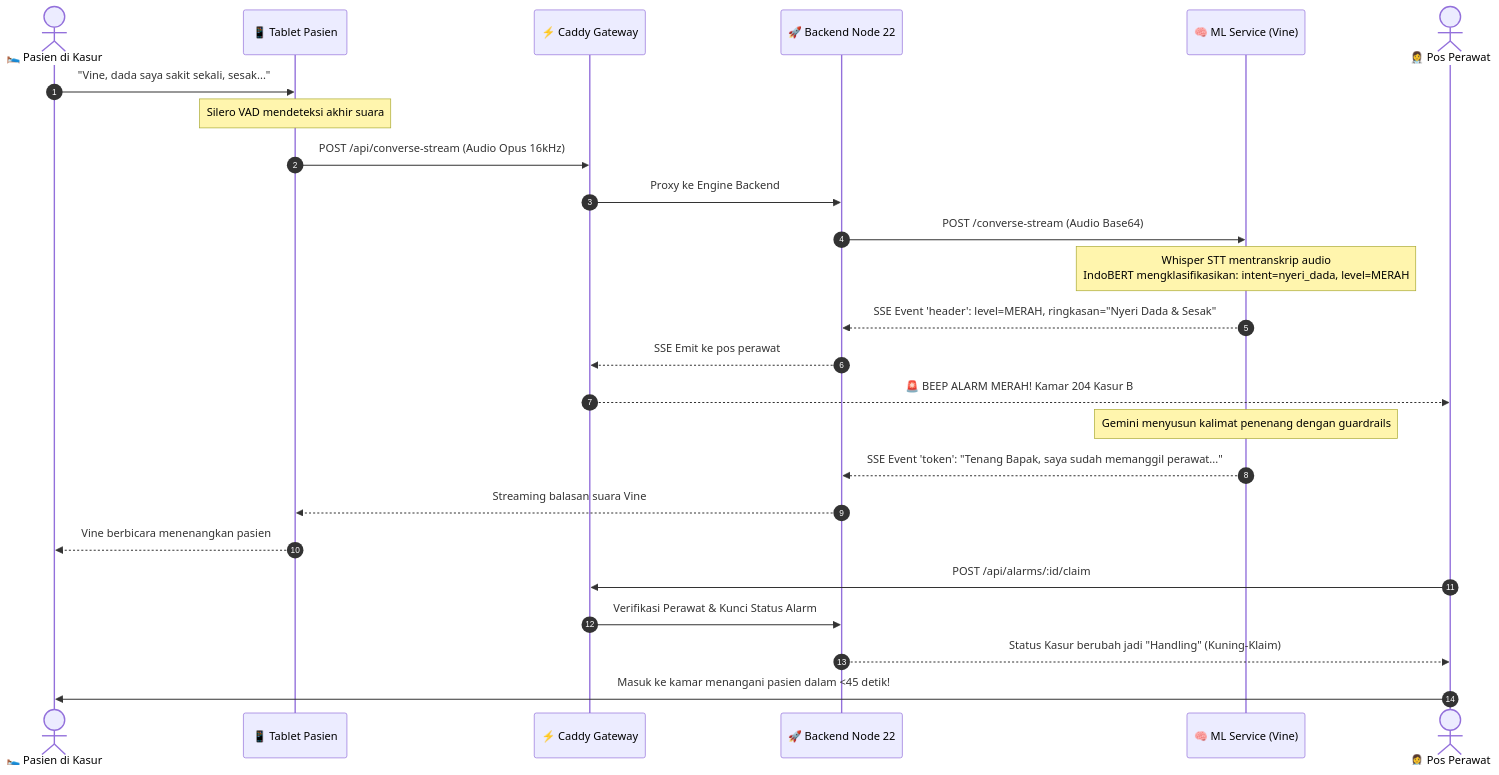
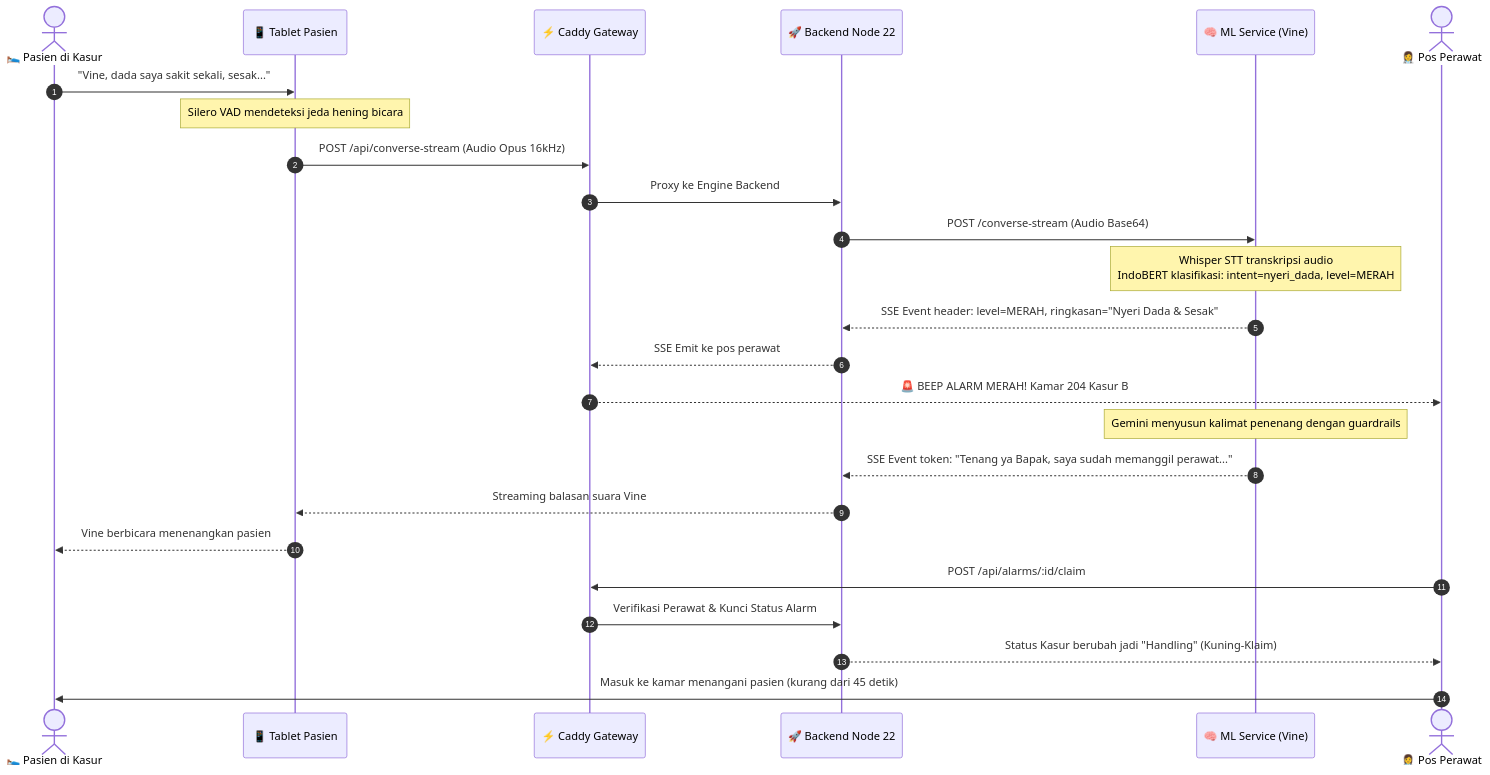
The second of 2 diagrams in README.md (labubungoding/VocaLineV3), drawn with Mermaid before and after one commit. The commit also changed other lines of this file, not shown here.

````diff
--- a/README.md
+++ b/README.md
@@ -214,31 +214,31 @@
 ```mermaid
 sequenceDiagram
     autonumber
     actor Pasien as 🛌 Pasien di Kasur
     participant Tablet as 📱 Tablet Pasien
     participant Caddy as ⚡ Caddy Gateway
     participant Backend as 🚀 Backend Node 22
     participant ML as 🧠 ML Service (Vine)
     actor Perawat as 👩‍⚕️ Pos Perawat
 
     Pasien->>Tablet: "Vine, dada saya sakit sekali, sesak..."
-    Note over Tablet: Silero VAD mendeteksi akhir suara
+    Note over Tablet: Silero VAD mendeteksi jeda hening bicara
     Tablet->>Caddy: POST /api/converse-stream (Audio Opus 16kHz)
     Caddy->>Backend: Proxy ke Engine Backend
     Backend->>ML: POST /converse-stream (Audio Base64)
 
-    Note over ML: Whisper STT mentranskrip audio<br/>IndoBERT mengklasifikasikan: intent=nyeri_dada, level=MERAH
-    ML-->>Backend: SSE Event 'header': level=MERAH, ringkasan="Nyeri Dada & Sesak"
+    Note over ML: Whisper STT transkripsi audio<br/>IndoBERT klasifikasi: intent=nyeri_dada, level=MERAH
+    ML-->>Backend: SSE Event header: level=MERAH, ringkasan="Nyeri Dada & Sesak"
     Backend-->>Caddy: SSE Emit ke pos perawat
     Caddy-->>Perawat: 🚨 BEEP ALARM MERAH! Kamar 204 Kasur B
 
     Note over ML: Gemini menyusun kalimat penenang dengan guardrails
-    ML-->>Backend: SSE Event 'token': "Tenang Bapak, saya sudah memanggil perawat..."
+    ML-->>Backend: SSE Event token: "Tenang ya Bapak, saya sudah memanggil perawat..."
     Backend-->>Tablet: Streaming balasan suara Vine
     Tablet-->>Pasien: Vine berbicara menenangkan pasien
 
     Perawat->>Caddy: POST /api/alarms/:id/claim
     Caddy->>Backend: Verifikasi Perawat & Kunci Status Alarm
     Backend-->>Perawat: Status Kasur berubah jadi "Handling" (Kuning-Klaim)
-    Perawat->>Pasien: Masuk ke kamar menangani pasien dalam <45 detik!
+    Perawat->>Pasien: Masuk ke kamar menangani pasien (kurang dari 45 detik)
 ```
````
